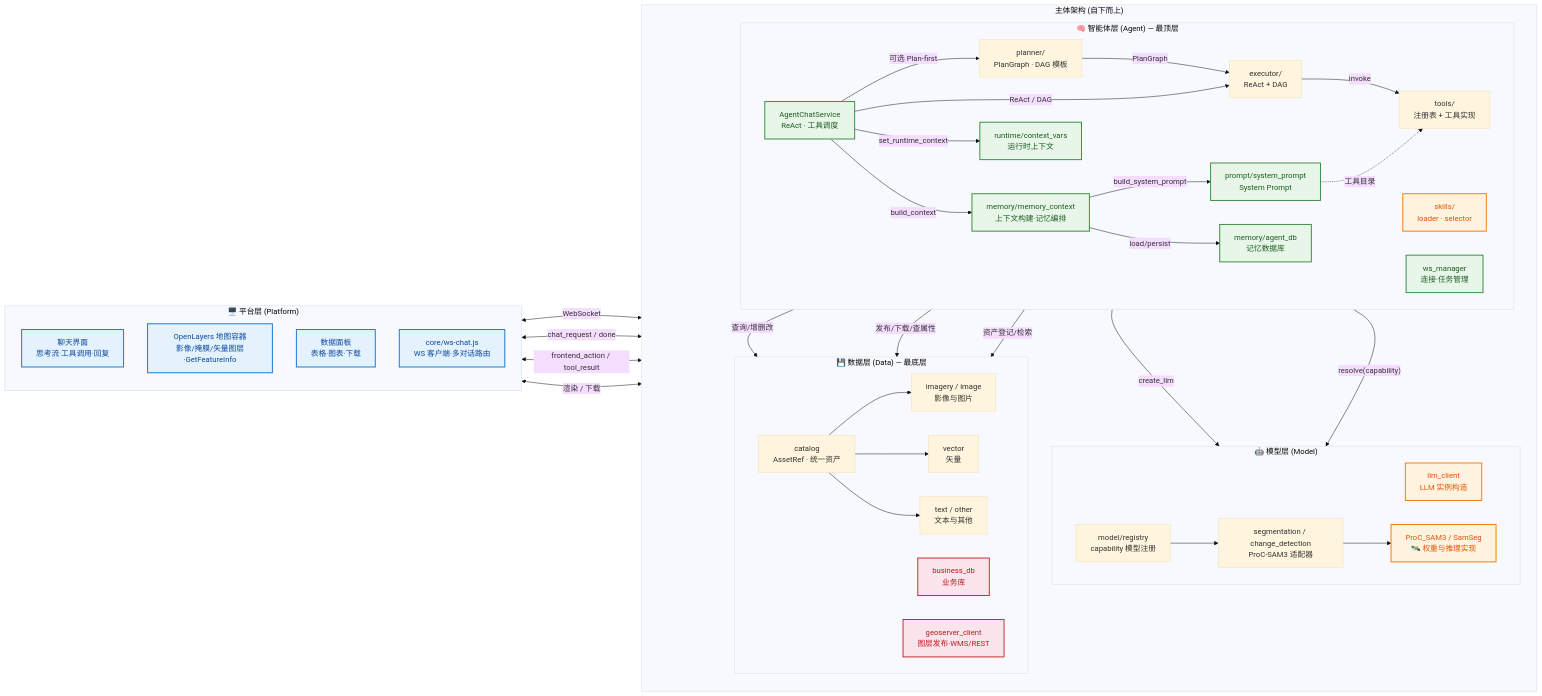
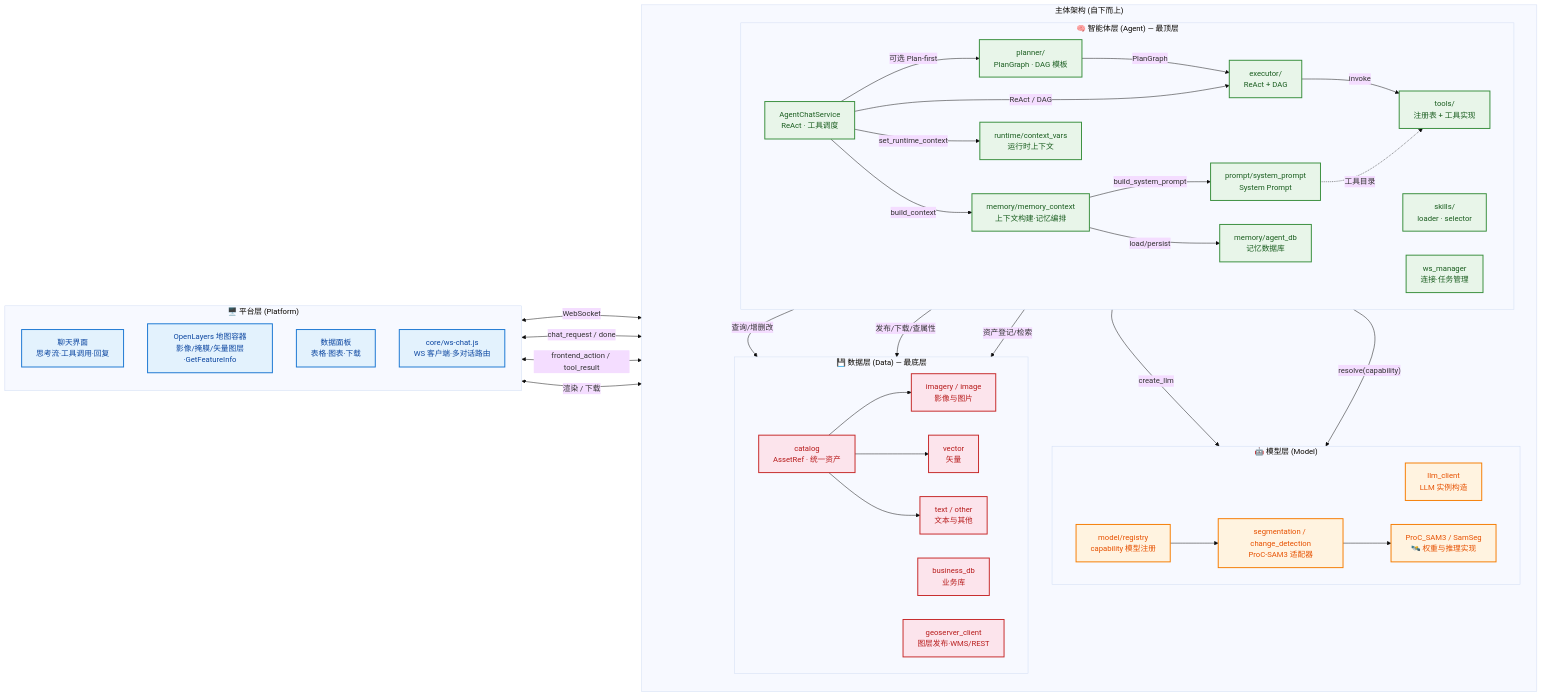
One commit to qianxiR/Agent-RSCD changed the diagram in docs/architecture.md. Above: the diagram before and after it, drawn with Mermaid (base theme). The commit also changed other lines of this file and 31 other files, not shown here.

First line of the commit message:
feat(agent): 接入外部 Tools/MCP，新增标准 Skills、Harness 与 Prompt/Context/Memory 分离

````diff
--- a/docs/architecture.md
+++ b/docs/architecture.md
@@ -240,8 +240,8 @@
     classDef dataLayer fill:#fce4ec,stroke:#c62828,stroke-width:2px,color:#b71c1c
     classDef platformLayer fill:#e3f2fd,stroke:#1976d2,stroke-width:2px,color:#0d47a1
 
-    class SERVICE,WS,MEMORY,AGENTDB,PROMPT,RUNTIME,MEMTOOLS agentLayer
-    class LLM_CLIENT,TOOLREG,SAMSEG,SKILLS modelLayer
-    class BIZ,GEOSERVER,KNOWLEDGE dataLayer
+    class SERVICE,WS,MEMORY,AGENTDB,PROMPT,RUNTIME,PLANNER,EXECUTOR,TOOLS,SKILLS agentLayer
+    class LLM_CLIENT,MODELREG,ADAPTERS,SAMSEG modelLayer
+    class CATALOG,IMAGE,VECTOR,TEXT,BIZ,GEOSERVER dataLayer
     class UI,MAP,DATAPANEL,WSCHAT platformLayer
 ```
````
